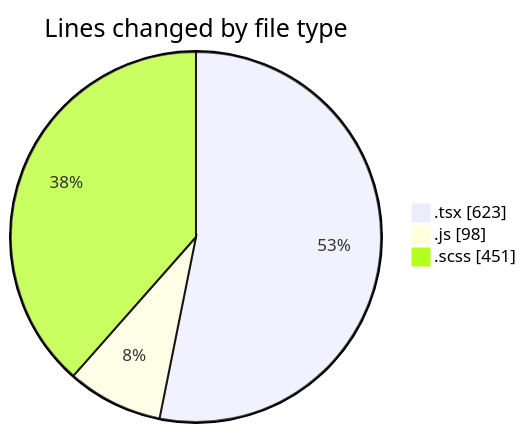
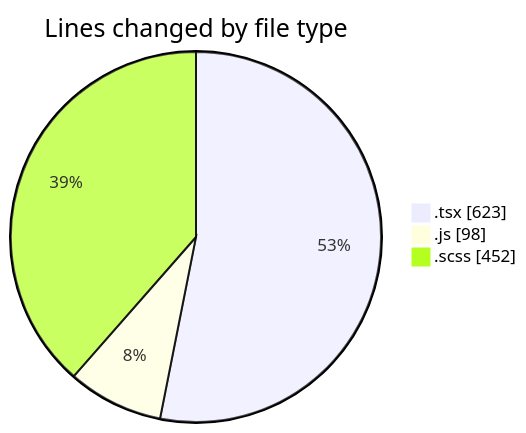
The first of 2 diagrams in 2025-03-31/cda/README.md (momahboobian/code-tracking), drawn with Mermaid before and after one commit. The commit also changed other lines of this file and 1 other file, not shown here.

````diff
--- a/2025-03-31/cda/README.md
+++ b/2025-03-31/cda/README.md
@@ -27,7 +27,7 @@
 ```mermaid
 pie showData
 title Lines changed by file type
 ".tsx" : 623
 ".js" : 98
-".scss" : 451
+".scss" : 452
 ```
````
